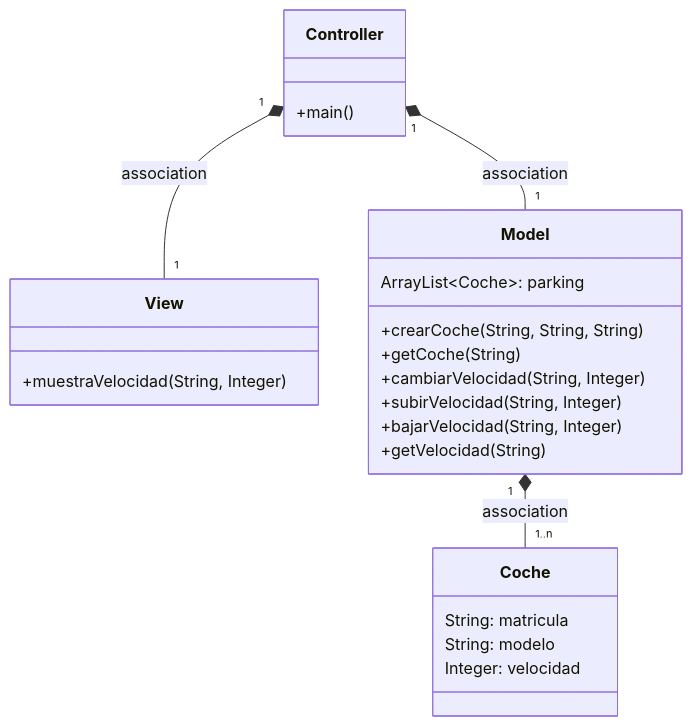
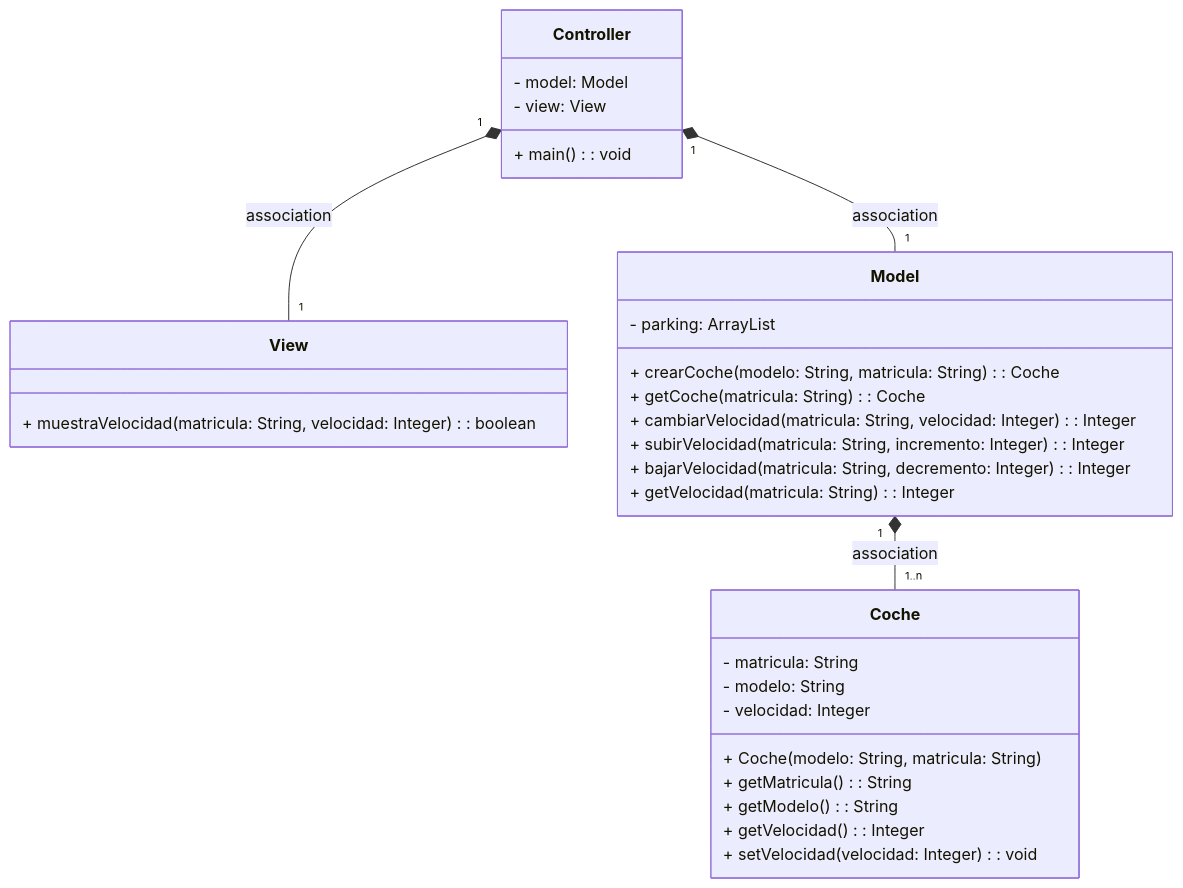
Before and after one commit to damiancastelao/MVC_coches_solucion: the first of 3 diagrams in Readme.md, drawn with Mermaid. The commit also changed other lines of this file and 7 other files, not shown here.

````diff
--- a/Readme.md
+++ b/Readme.md
@@ -18,25 +40,38 @@
 ```mermaid
 classDiagram
     class Coche {
-        String: matricula
-        String: modelo
-        Integer: velocidad
+        - matricula: String
+        - modelo: String
+        - velocidad: Integer
+        + Coche(modelo: String, matricula: String)
+        + getMatricula(): String
+        + getModelo(): String
+        + getVelocidad(): Integer
+        + setVelocidad(velocidad: Integer): void
     }
-      class Controller{
-          +main()
-      }
-      class View {+muestraVelocidad(String, Integer)}
-      class Model {
-          ArrayList~Coche~: parking
-          +crearCoche(String, String, String)
-          +getCoche(String)
-          +cambiarVelocidad(String, Integer)
-          +subirVelocidad(String, Integer)
-          +bajarVelocidad(String, Integer)
-          +getVelocidad(String)
-      }
+
+    class Controller {
+        - model: Model
+        - view: View
+        + main(): void
+    }
+
+    class View {
+        + muestraVelocidad(matricula: String, velocidad: Integer): boolean
+    }
+
+    class Model {
+        - parking: ArrayList<Coche>
+        + crearCoche(modelo: String, matricula: String): Coche
+        + getCoche(matricula: String): Coche
+        + cambiarVelocidad(matricula: String, velocidad: Integer): Integer
+        + subirVelocidad(matricula: String, incremento: Integer): Integer
+        + bajarVelocidad(matricula: String, decremento: Integer): Integer
+        + getVelocidad(matricula: String): Integer
+    }
+
     Controller "1" *-- "1" Model : association
     Controller "1" *-- "1" View : association
     Model "1" *-- "1..n" Coche : association
-  
+
 ```
````
